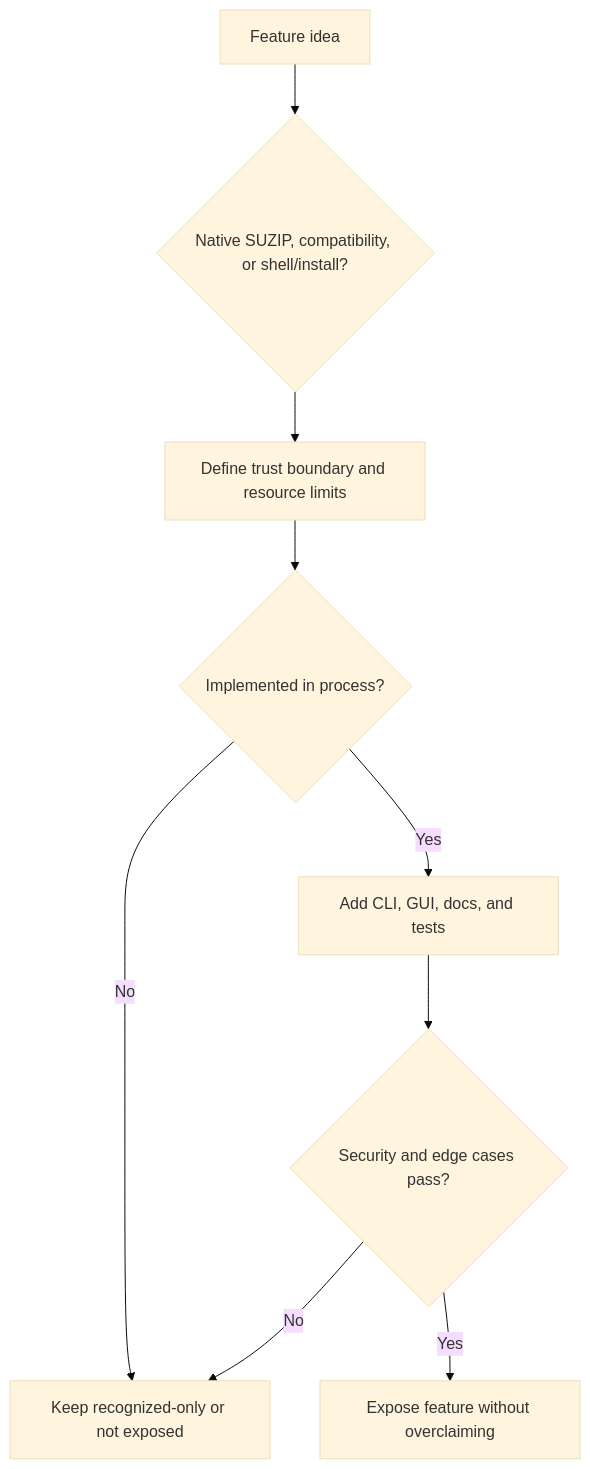
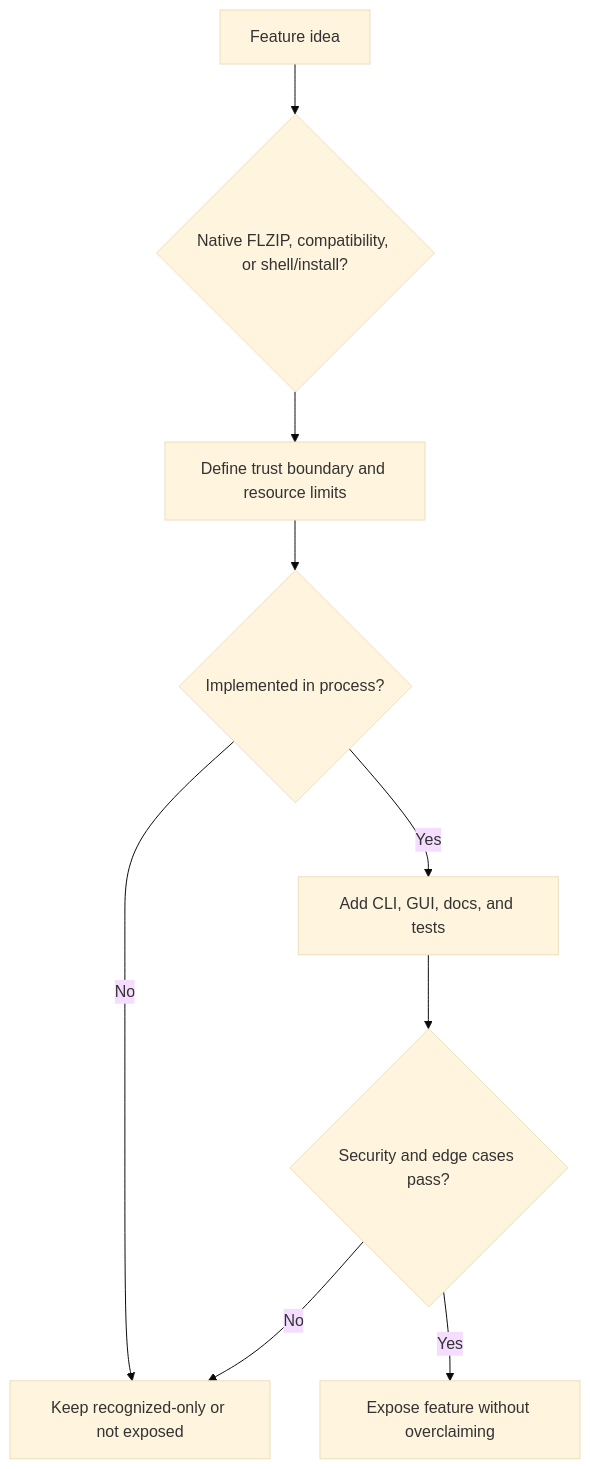
Before and after one commit to strmt7/FlitzZip: the diagram in docs/product-behavior-audit.md, drawn with Mermaid (base theme). The commit also changed other lines of this file and 638 other files, not shown here.

First line of the commit message:
Rename product to FlitzZip and native format to flzip

````diff
--- a/docs/product-behavior-audit.md
+++ b/docs/product-behavior-audit.md
@@ -141,11 +141,11 @@
 ```mermaid
 flowchart TD
-    A["Feature idea"] --> B{"Native SUZIP, compatibility, or shell/install?"}
+    A["Feature idea"] --> B{"Native FLZIP, compatibility, or shell/install?"}
     B --> C["Define trust boundary and resource limits"]
     C --> D{"Implemented in process?"}
     D -- "No" --> E["Keep recognized-only or not exposed"]
     D -- "Yes" --> F["Add CLI, GUI, docs, and tests"]
     F --> G{"Security and edge cases pass?"}
     G -- "No" --> E
     G -- "Yes" --> H["Expose feature without overclaiming"]
 ```
````
